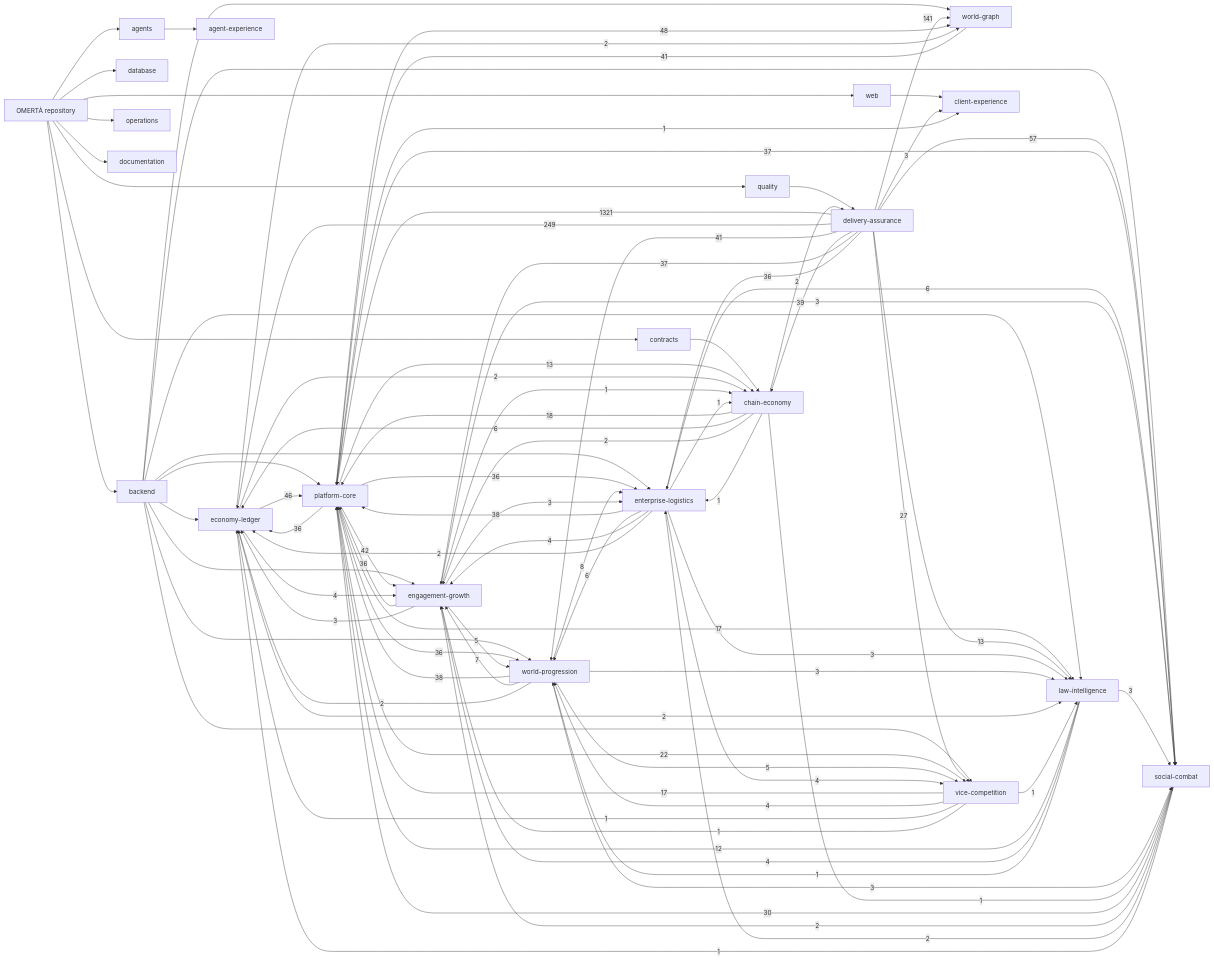
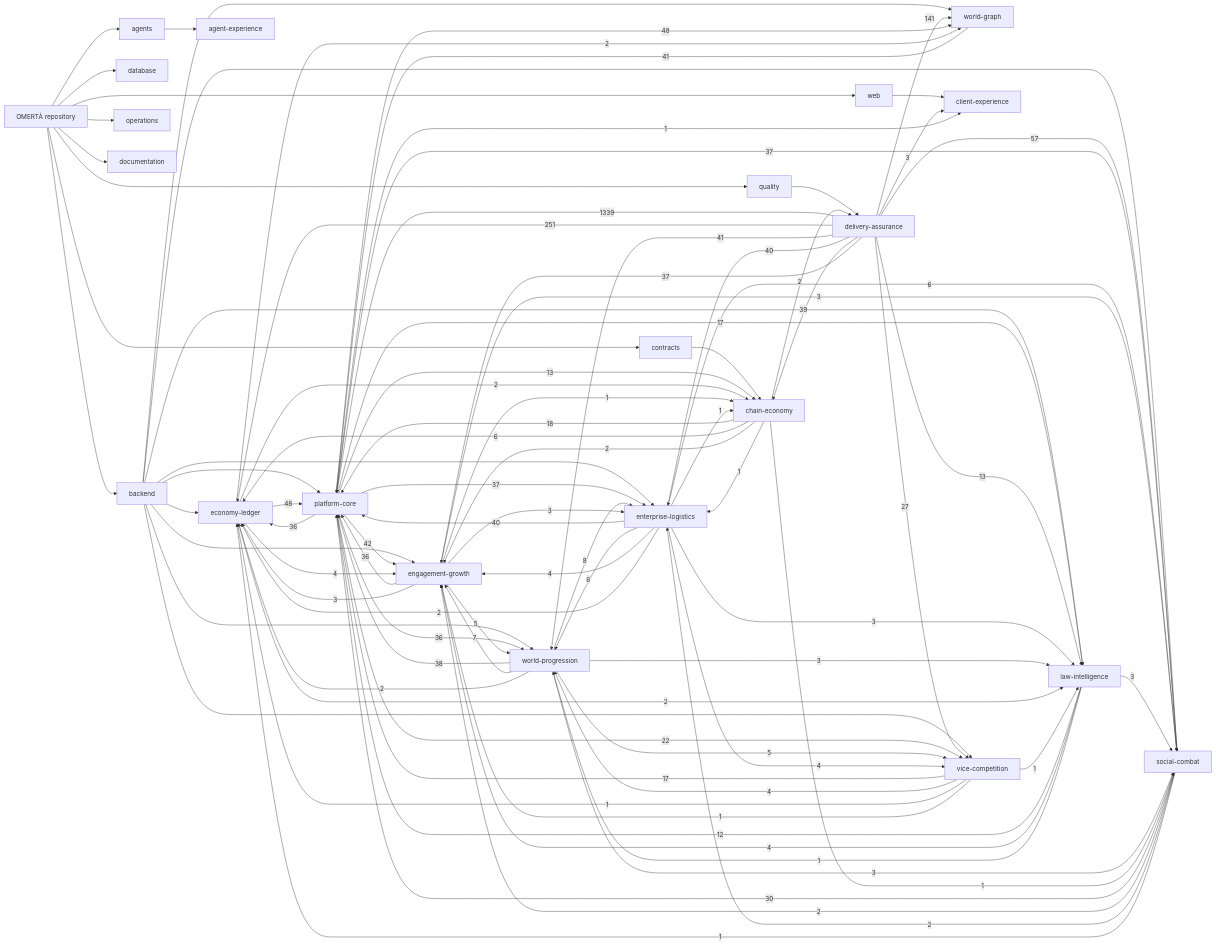
One commit to OmertaDev/Omerta changed the diagram in knowledge/generated/graph.mmd. Above: the diagram before and after it, drawn with Mermaid. The commit also changed 8 other files, not shown here.

```diff
--- a/knowledge/generated/graph.mmd
+++ b/knowledge/generated/graph.mmd
@@ -1,111 +1,111 @@
 flowchart LR
   repo["OMERTÀ repository"]
   sub_backend["backend"]
   repo --> sub_backend
   sub_database["database"]
   repo --> sub_database
   sub_web["web"]
   repo --> sub_web
   sub_contracts["contracts"]
   repo --> sub_contracts
   sub_agents["agents"]
   repo --> sub_agents
   sub_quality["quality"]
   repo --> sub_quality
   sub_operations["operations"]
   repo --> sub_operations
   sub_documentation["documentation"]
   repo --> sub_documentation
   dom_platform-core["platform-core"]
   dom_economy-ledger["economy-ledger"]
   dom_social-combat["social-combat"]
   dom_world-progression["world-progression"]
   dom_world-graph["world-graph"]
   dom_enterprise-logistics["enterprise-logistics"]
   dom_vice-competition["vice-competition"]
   dom_law-intelligence["law-intelligence"]
   dom_chain-economy["chain-economy"]
   dom_engagement-growth["engagement-growth"]
   dom_client-experience["client-experience"]
   dom_agent-experience["agent-experience"]
   dom_delivery-assurance["delivery-assurance"]
   sub_agents --> dom_agent-experience
   sub_backend --> dom_economy-ledger
   sub_backend --> dom_engagement-growth
   sub_backend --> dom_enterprise-logistics
   sub_backend --> dom_law-intelligence
   sub_backend --> dom_platform-core
   sub_backend --> dom_social-combat
   sub_backend --> dom_vice-competition
   sub_backend --> dom_world-graph
   sub_backend --> dom_world-progression
   sub_contracts --> dom_chain-economy
   sub_quality --> dom_delivery-assurance
   sub_web --> dom_client-experience
-  dom_delivery-assurance -->|1321| dom_platform-core
-  dom_delivery-assurance -->|249| dom_economy-ledger
+  dom_delivery-assurance -->|1339| dom_platform-core
+  dom_delivery-assurance -->|251| dom_economy-ledger
   dom_delivery-assurance -->|141| dom_world-graph
   dom_delivery-assurance -->|57| dom_social-combat
+  dom_economy-ledger -->|48| dom_platform-core
   dom_platform-core -->|48| dom_world-graph
-  dom_economy-ledger -->|46| dom_platform-core
   dom_platform-core -->|42| dom_engagement-growth
   dom_delivery-assurance -->|41| dom_world-progression
   dom_world-graph -->|41| dom_platform-core
+  dom_delivery-assurance -->|40| dom_enterprise-logistics
+  dom_enterprise-logistics -->|40| dom_platform-core
   dom_delivery-assurance -->|39| dom_chain-economy
-  dom_enterprise-logistics -->|38| dom_platform-core
   dom_world-progression -->|38| dom_platform-core
   dom_delivery-assurance -->|37| dom_engagement-growth
+  dom_platform-core -->|37| dom_enterprise-logistics
   dom_platform-core -->|37| dom_social-combat
-  dom_delivery-assurance -->|36| dom_enterprise-logistics
   dom_engagement-growth -->|36| dom_platform-core
   dom_platform-core -->|36| dom_economy-ledger
-  dom_platform-core -->|36| dom_enterprise-logistics
   dom_platform-core -->|36| dom_world-progression
   dom_social-combat -->|30| dom_platform-core
   dom_delivery-assurance -->|27| dom_vice-competition
   dom_platform-core -->|22| dom_vice-competition
   dom_chain-economy -->|18| dom_platform-core
   dom_platform-core -->|17| dom_law-intelligence
   dom_vice-competition -->|17| dom_platform-core
   dom_delivery-assurance -->|13| dom_law-intelligence
   dom_platform-core -->|13| dom_chain-economy
   dom_law-intelligence -->|12| dom_platform-core
   dom_world-progression -->|8| dom_enterprise-logistics
   dom_world-progression -->|7| dom_engagement-growth
   dom_chain-economy -->|6| dom_economy-ledger
   dom_enterprise-logistics -->|6| dom_social-combat
   dom_enterprise-logistics -->|6| dom_world-progression
   dom_engagement-growth -->|5| dom_world-progression
   dom_world-progression -->|5| dom_vice-competition
   dom_economy-ledger -->|4| dom_engagement-growth
   dom_enterprise-logistics -->|4| dom_engagement-growth
   dom_enterprise-logistics -->|4| dom_vice-competition
   dom_law-intelligence -->|4| dom_engagement-growth
   dom_vice-competition -->|4| dom_world-progression
   dom_delivery-assurance -->|3| dom_client-experience
   dom_engagement-growth -->|3| dom_economy-ledger
   dom_engagement-growth -->|3| dom_enterprise-logistics
   dom_engagement-growth -->|3| dom_social-combat
   dom_enterprise-logistics -->|3| dom_law-intelligence
   dom_law-intelligence -->|3| dom_social-combat
   dom_world-progression -->|3| dom_law-intelligence
   dom_world-progression -->|3| dom_social-combat
   dom_chain-economy -->|2| dom_delivery-assurance
   dom_chain-economy -->|2| dom_engagement-growth
   dom_economy-ledger -->|2| dom_chain-economy
   dom_economy-ledger -->|2| dom_law-intelligence
   dom_economy-ledger -->|2| dom_world-graph
   dom_enterprise-logistics -->|2| dom_economy-ledger
   dom_social-combat -->|2| dom_engagement-growth
   dom_social-combat -->|2| dom_enterprise-logistics
   dom_world-progression -->|2| dom_economy-ledger
   dom_chain-economy -->|1| dom_enterprise-logistics
   dom_chain-economy -->|1| dom_social-combat
   dom_engagement-growth -->|1| dom_chain-economy
   dom_enterprise-logistics -->|1| dom_chain-economy
   dom_law-intelligence -->|1| dom_world-progression
   dom_platform-core -->|1| dom_client-experience
   dom_social-combat -->|1| dom_economy-ledger
   dom_vice-competition -->|1| dom_economy-ledger
   dom_vice-competition -->|1| dom_engagement-growth
   dom_vice-competition -->|1| dom_law-intelligence
```
